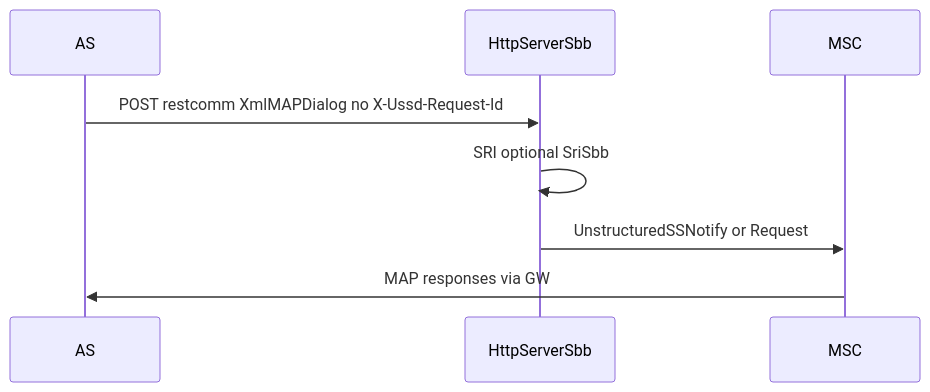
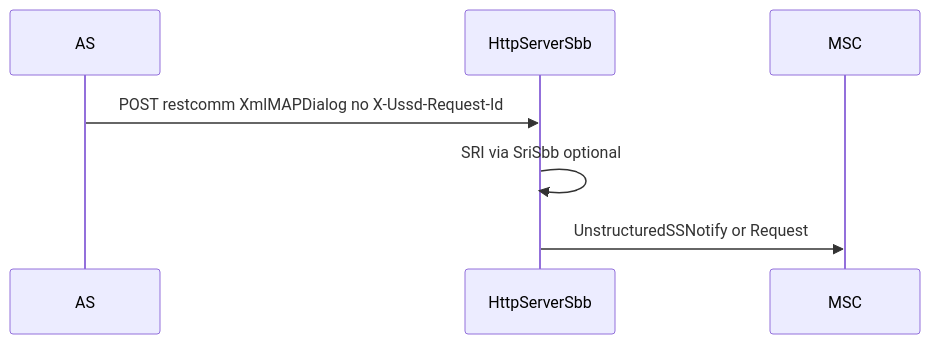
The third of 4 diagrams in docs/e2e-grpc-ussd-test_en.md (nhanth87/ussdgw), drawn with Mermaid before and after one commit. The commit also changed other lines of this file and 60 other files, not shown here.

````diff
--- a/docs/e2e-grpc-ussd-test_en.md
+++ b/docs/e2e-grpc-ussd-test_en.md
@@ -709,11 +1060,10 @@
 ```mermaid
 sequenceDiagram
   participant AS
   participant GW as HttpServerSbb
   participant MSC
 
   AS->>GW: POST restcomm XmlMAPDialog no X-Ussd-Request-Id
-  GW->>GW: SRI optional SriSbb
+  GW->>GW: SRI via SriSbb optional
   GW->>MSC: UnstructuredSSNotify or Request
-  MSC->>AS: MAP responses via GW
 ```
````
